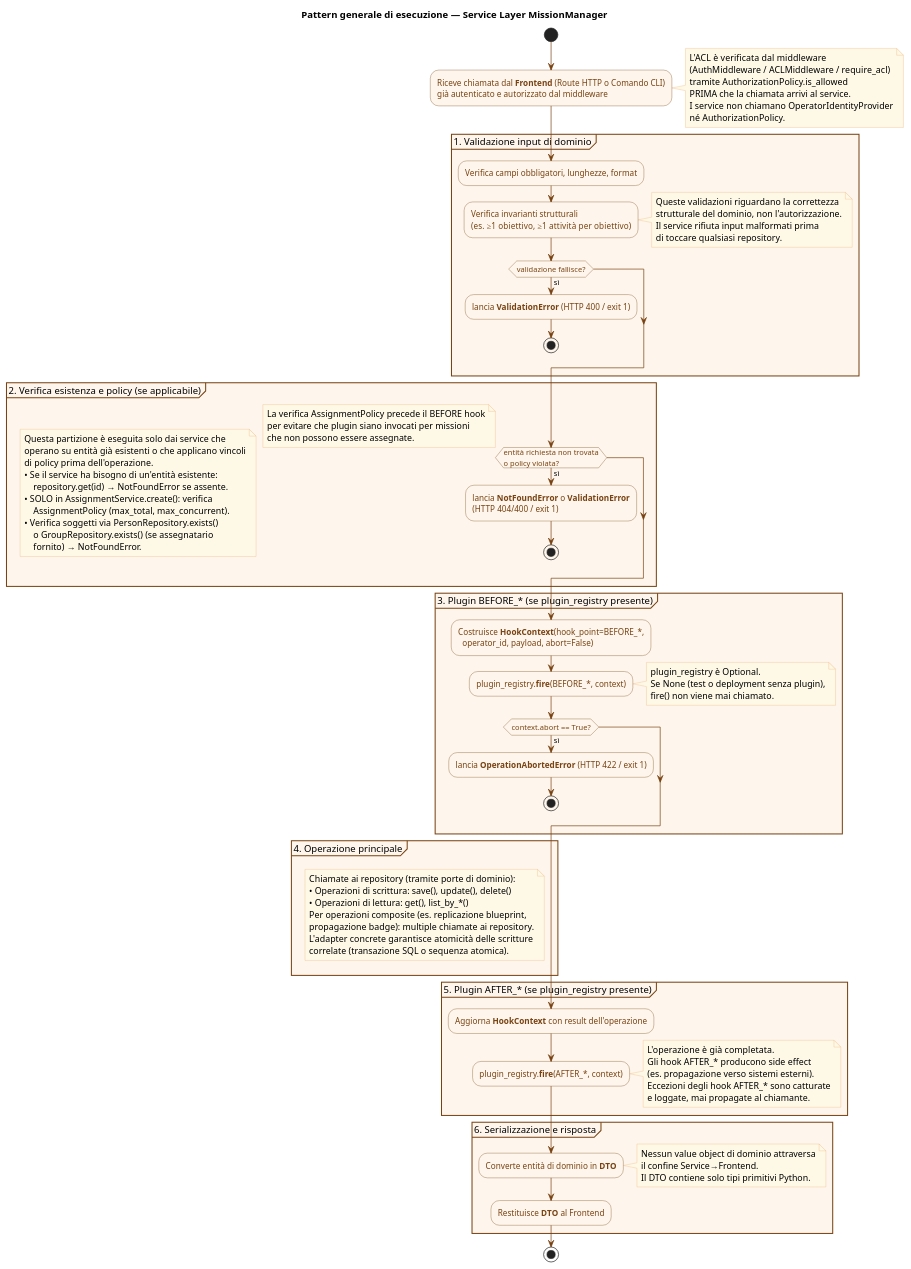
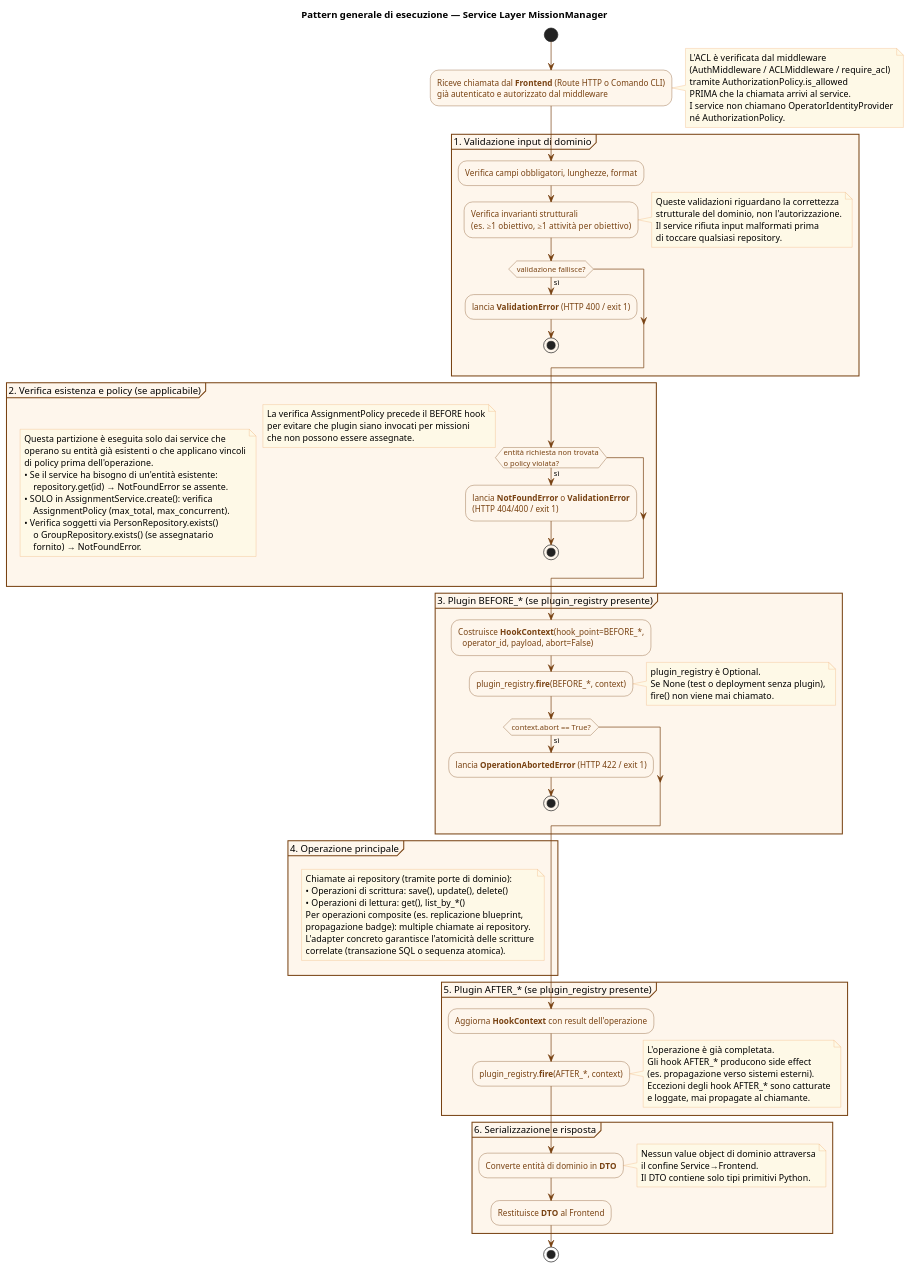
The diagram in implementation/diagrams/activity/activity_service_pattern.puml (antlampas/MissionManager), drawn with PlantUML before and after one commit. The commit also changed 13 other files, not shown here.

Commit message:
docs: corretti testi e diagrammi UML

```diff
--- a/implementation/diagrams/activity/activity_service_pattern.puml
+++ b/implementation/diagrams/activity/activity_service_pattern.puml
@@ -1,117 +1,117 @@
 @startuml activity_service_pattern
 ' SPDX-License-Identifier: CC-BY-SA-4.0
 title Pattern generale di esecuzione — Service Layer MissionManager
 
 skinparam ActivityBorderColor #784212
 skinparam ActivityBackgroundColor #FEF6EC
 skinparam ActivityFontColor #784212
 skinparam ArrowColor #784212
 skinparam PartitionBorderColor #784212
 skinparam PartitionBackgroundColor #FEF6EC
 skinparam NoteBackgroundColor #FEF9E7
 skinparam NoteBorderColor #F0B27A
 skinparam defaultTextAlignment left
 
 start
 
 :Riceve chiamata dal **Frontend** (Route HTTP o Comando CLI)\ngià autenticato e autorizzato dal middleware;
 
 note right
   L'ACL è verificata dal middleware
   (AuthMiddleware / ACLMiddleware / require_acl)
   tramite AuthorizationPolicy.is_allowed
   PRIMA che la chiamata arrivi al service.
   I service non chiamano OperatorIdentityProvider
   né AuthorizationPolicy.
 end note
 
 partition "1. Validazione input di dominio" {
   :Verifica campi obbligatori, lunghezze, format;
   :Verifica invarianti strutturali\n(es. ≥1 obiettivo, ≥1 attività per obiettivo);
   note right
     Queste validazioni riguardano la correttezza
     strutturale del dominio, non l'autorizzazione.
     Il service rifiuta input malformati prima
     di toccare qualsiasi repository.
   end note
   if (validazione fallisce?) then (sì)
     :lancia **ValidationError** (HTTP 400 / exit 1);
     stop
   endif
 }
 
 partition "2. Verifica esistenza e policy (se applicabile)" {
   note
     Questa partizione è eseguita solo dai service che
     operano su entità già esistenti o che applicano vincoli
     di policy prima dell'operazione.
     • Se il service ha bisogno di un'entità esistente:
         repository.get(id) → NotFoundError se assente.
     • SOLO in AssignmentService.create(): verifica
         AssignmentPolicy (max_total, max_concurrent).
     • Verifica soggetti via PersonRepository.exists()
         o GroupRepository.exists() (se assegnatario
         fornito) → NotFoundError.
   end note
   if (entità richiesta non trovata\no policy violata?) then (sì)
     :lancia **NotFoundError** o **ValidationError**\n(HTTP 404/400 / exit 1);
     stop
   endif
   note right
     La verifica AssignmentPolicy precede il BEFORE hook
     per evitare che plugin siano invocati per missioni
     che non possono essere assegnate.
   end note
 }
 
 partition "3. Plugin BEFORE_* (se plugin_registry presente)" {
   :Costruisce **HookContext**(hook_point=BEFORE_*,\n  operator_id, payload, abort=False);
   :plugin_registry.**fire**(BEFORE_*, context);
   note right
     plugin_registry è Optional.
     Se None (test o deployment senza plugin),
     fire() non viene mai chiamato.
   end note
   if (context.abort == True?) then (sì)
     :lancia **OperationAbortedError** (HTTP 422 / exit 1);
     stop
   endif
 }
 
 partition "4. Operazione principale" {
   note
     Chiamate ai repository (tramite porte di dominio):
     • Operazioni di scrittura: save(), update(), delete()
     • Operazioni di lettura: get(), list_by_*()
     Per operazioni composite (es. replicazione blueprint,
     propagazione badge): multiple chiamate ai repository.
-    L'adapter concrete garantisce atomicità delle scritture
+    L'adapter concreto garantisce l'atomicità delle scritture
     correlate (transazione SQL o sequenza atomica).
   end note
 }
 
 partition "5. Plugin AFTER_* (se plugin_registry presente)" {
   :Aggiorna **HookContext** con result dell'operazione;
   :plugin_registry.**fire**(AFTER_*, context);
   note right
     L'operazione è già completata.
     Gli hook AFTER_* producono side effect
     (es. propagazione verso sistemi esterni).
     Eccezioni degli hook AFTER_* sono catturate
     e loggate, mai propagate al chiamante.
   end note
 }
 
 partition "6. Serializzazione e risposta" {
   :Converte entità di dominio in **DTO**;
   note right
     Nessun value object di dominio attraversa
     il confine Service→Frontend.
     Il DTO contiene solo tipi primitivi Python.
   end note
   :Restituisce **DTO** al Frontend;
 }
 
 stop
 
 @enduml
```
